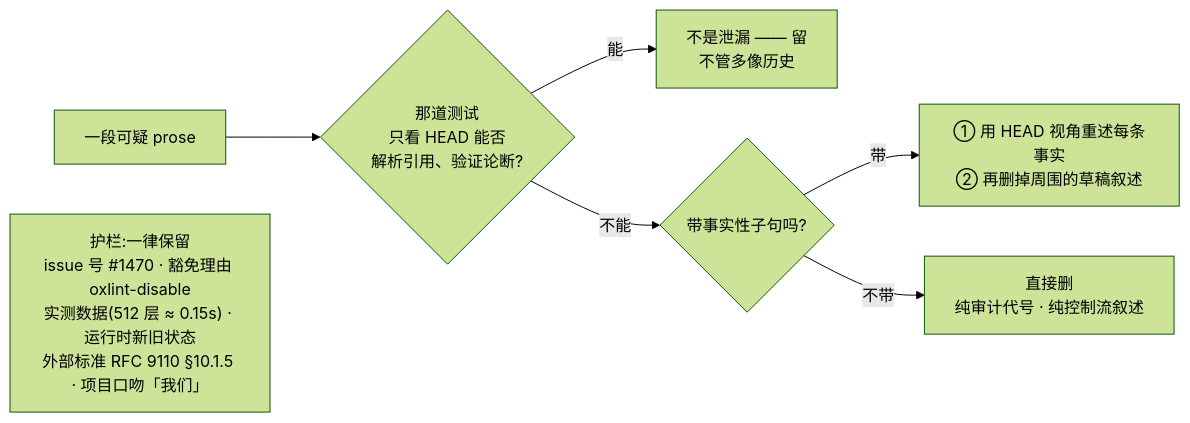
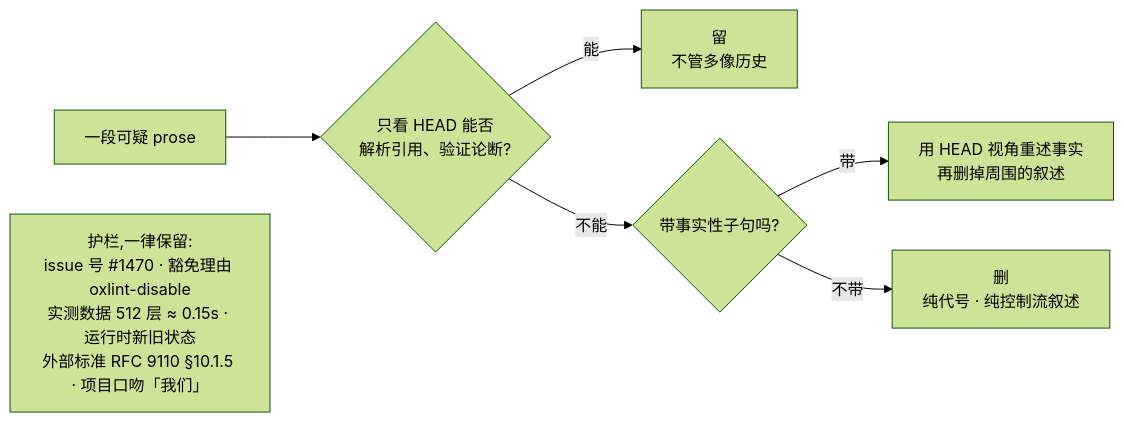
One commit to zszz3/dsh-VibeCoding changed the fourth of 5 diagrams in README.md. Above: the diagram before and after it, drawn with Mermaid (forest theme). The commit also changed other lines of this file and 148 other files, not shown here.

````diff
--- a/README.md
+++ b/README.md
@@ -215,9 +199,9 @@
 ```mermaid
 flowchart LR
-  P["一段可疑 prose"] --> T{"那道测试<br/>只看 HEAD 能否<br/>解析引用、验证论断?"}
-  T -->|能| K["不是泄漏 —— 留<br/>不管多像历史"]
+  P["一段可疑 prose"] --> T{"只看 HEAD 能否<br/>解析引用、验证论断?"}
+  T -->|能| K["留<br/>不管多像历史"]
   T -->|不能| F{"带事实性子句吗?"}
-  F -->|带| RW["① 用 HEAD 视角重述每条事实<br/>② 再删掉周围的草稿叙述"]
-  F -->|不带| DEL["直接删<br/>纯审计代号 · 纯控制流叙述"]
-  G["护栏:一律保留<br/>issue 号 #1470 · 豁免理由 oxlint-disable<br/>实测数据(512 层 ≈ 0.15s) · 运行时新旧状态<br/>外部标准 RFC 9110 §10.1.5 · 项目口吻「我们」"]
+  F -->|带| RW["用 HEAD 视角重述事实<br/>再删掉周围的叙述"]
+  F -->|不带| DEL["删<br/>纯代号 · 纯控制流叙述"]
+  G["护栏,一律保留:<br/>issue 号 #1470 · 豁免理由 oxlint-disable<br/>实测数据 512 层 ≈ 0.15s · 运行时新旧状态<br/>外部标准 RFC 9110 §10.1.5 · 项目口吻「我们」"]
 ```
````
